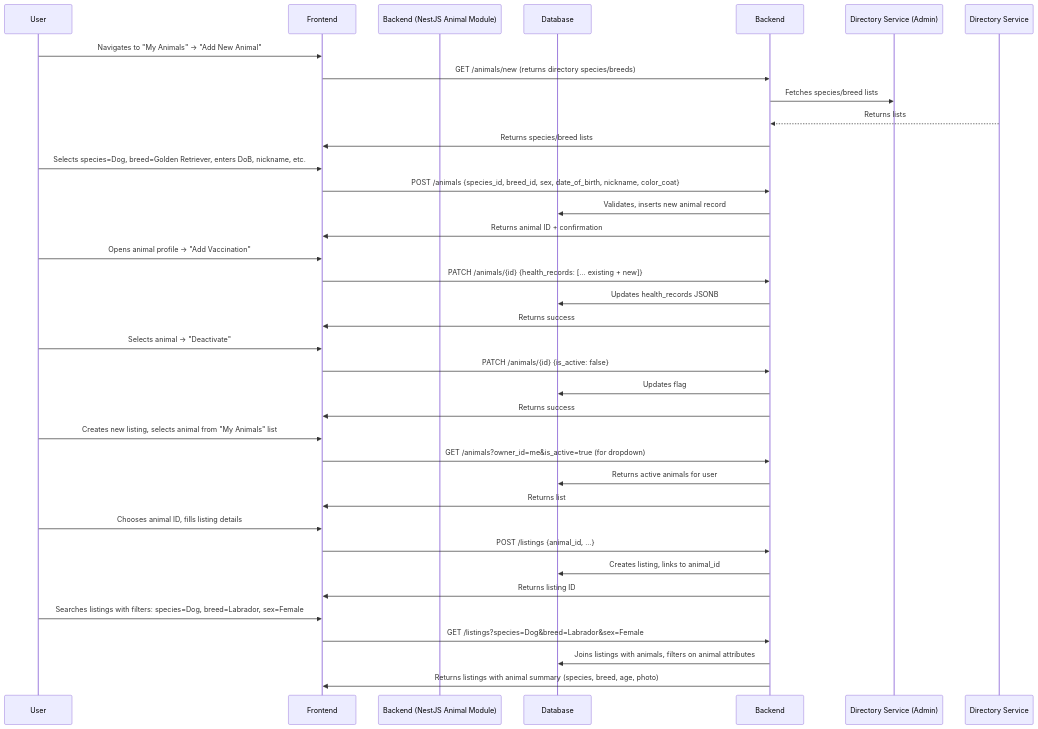
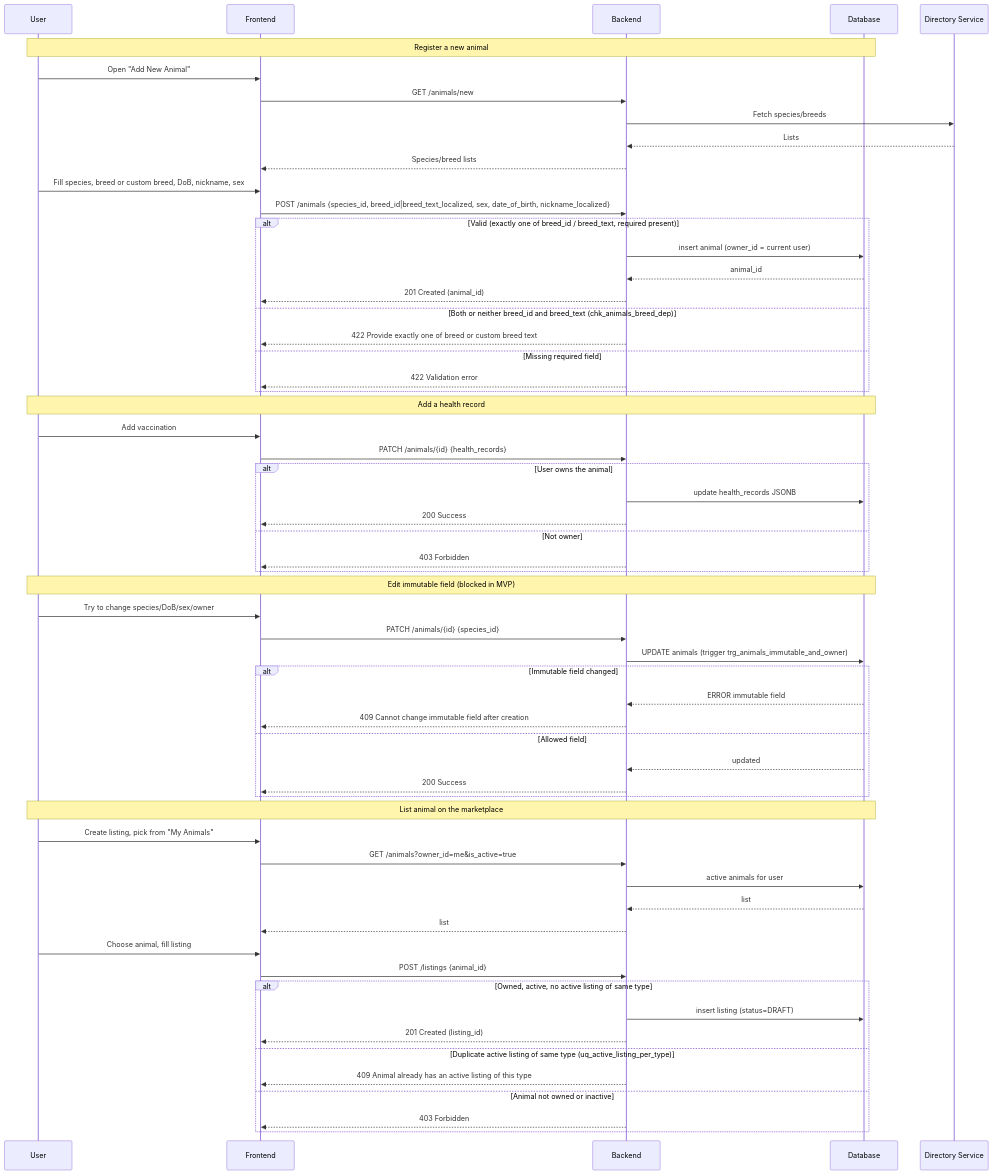
Before and after one commit to Aleksandr-Sulimenko/ZooLink: the diagram in docs/02-requirements/business-requirements/animal-domain.md, drawn with Mermaid. The commit also changed 18 other files, not shown here.

First line of the commit message:
P2 + item 9: визуализация стейт-машин, error-ветки sequence, гигиена доков

````diff
--- a/docs/02-requirements/business-requirements/animal-domain.md
+++ b/docs/02-requirements/business-requirements/animal-domain.md
@@ -148,47 +148,65 @@
 ```mermaid
 sequenceDiagram
-    participant User
-    participant Frontend
-    participant Backend (NestJS Animal Module)
-    participant Database
+    participant U as User
+    participant FE as Frontend
+    participant BE as Backend
+    participant DB as Database
+    participant Dir as Directory Service
 
-    %% Create animal
-    User->>Frontend: Navigates to "My Animals" -> "Add New Animal"
-    Frontend->>Backend: GET /animals/new (returns directory species/breeds)
-    Backend->>Directory Service (Admin): Fetches species/breed lists
-    Directory Service-->>Backend: Returns lists
-    Backend->>Frontend: Returns species/breed lists
+    Note over U,DB: Register a new animal
+    U->>FE: Open "Add New Animal"
+    FE->>BE: GET /animals/new
+    BE->>Dir: Fetch species/breeds
+    Dir-->>BE: Lists
+    BE-->>FE: Species/breed lists
+    U->>FE: Fill species, breed or custom breed, DoB, nickname, sex
+    FE->>BE: POST /animals {species_id, breed_id|breed_text_localized, sex, date_of_birth, nickname_localized}
+    alt Valid (exactly one of breed_id / breed_text, required present)
+        BE->>DB: insert animal (owner_id = current user)
+        DB-->>BE: animal_id
+        BE-->>FE: 201 Created (animal_id)
+    else Both or neither breed_id and breed_text (chk_animals_breed_dep)
+        BE-->>FE: 422 Provide exactly one of breed or custom breed text
+    else Missing required field
+        BE-->>FE: 422 Validation error
+    end
 
-    User->>Frontend: Selects species=Dog, breed=Golden Retriever, enters DoB, nickname, etc.
-    Frontend->>Backend: POST /animals {species_id, breed_id, sex, date_of_birth, nickname, color_coat}
-    Backend->>Database: Validates, inserts new animal record
-    Backend->>Frontend: Returns animal ID + confirmation
+    Note over U,DB: Add a health record
+    U->>FE: Add vaccination
+    FE->>BE: PATCH /animals/{id} {health_records}
+    alt User owns the animal
+        BE->>DB: update health_records JSONB
+        BE-->>FE: 200 Success
+    else Not owner
+        BE-->>FE: 403 Forbidden
+    end
 
-    %% Update animal (add health record)
-    User->>Frontend: Opens animal profile -> "Add Vaccination"
-    Frontend->>Backend: PATCH /animals/{id} {health_records: [... existing + new]}
-    Backend->>Database: Updates health_records JSONB
-    Backend->>Frontend: Returns success
+    Note over U,DB: Edit immutable field (blocked in MVP)
+    U->>FE: Try to change species/DoB/sex/owner
+    FE->>BE: PATCH /animals/{id} {species_id}
+    BE->>DB: UPDATE animals (trigger trg_animals_immutable_and_owner)
+    alt Immutable field changed
+        DB-->>BE: ERROR immutable field
+        BE-->>FE: 409 Cannot change immutable field after creation
+    else Allowed field
+        DB-->>BE: updated
+        BE-->>FE: 200 Success
+    end
 
-    %% Deactivate animal
-    User->>Frontend: Selects animal -> "Deactivate"
-    Frontend->>Backend: PATCH /animals/{id} {is_active: false}
-    Backend->>Database: Updates flag
-    Backend->>Frontend: Returns success
-
-    %% Use animal in a listing
-    User->>Frontend: Creates new listing, selects animal from "My Animals" list
-    Frontend->>Backend: GET /animals?owner_id=me&is_active=true (for dropdown)
-    Backend->>Database: Returns active animals for user
-    Backend->>Frontend: Returns list
-    User->>Frontend: Chooses animal ID, fills listing details
-    Frontend->>Backend: POST /listings {animal_id, ...}
-    Backend->>Database: Creates listing, links to animal_id
-    Backend->>Frontend: Returns listing ID
-
-    %% Search for animals via listings (cross-domain)
-    User->>Frontend: Searches listings with filters: species=Dog, breed=Labrador, sex=Female
-    Frontend->>Backend: GET /listings?species=Dog&breed=Labrador&sex=Female
-    Backend->>Database: Joins listings with animals, filters on animal attributes
-    Backend->>Frontend: Returns listings with animal summary (species, breed, age, photo)
+    Note over U,DB: List animal on the marketplace
+    U->>FE: Create listing, pick from "My Animals"
+    FE->>BE: GET /animals?owner_id=me&is_active=true
+    BE->>DB: active animals for user
+    DB-->>BE: list
+    BE-->>FE: list
+    U->>FE: Choose animal, fill listing
+    FE->>BE: POST /listings {animal_id}
+    alt Owned, active, no active listing of same type
+        BE->>DB: insert listing (status=DRAFT)
+        BE-->>FE: 201 Created (listing_id)
+    else Duplicate active listing of same type (uq_active_listing_per_type)
+        BE-->>FE: 409 Animal already has an active listing of this type
+    else Animal not owned or inactive
+        BE-->>FE: 403 Forbidden
+    end
 ```
````
